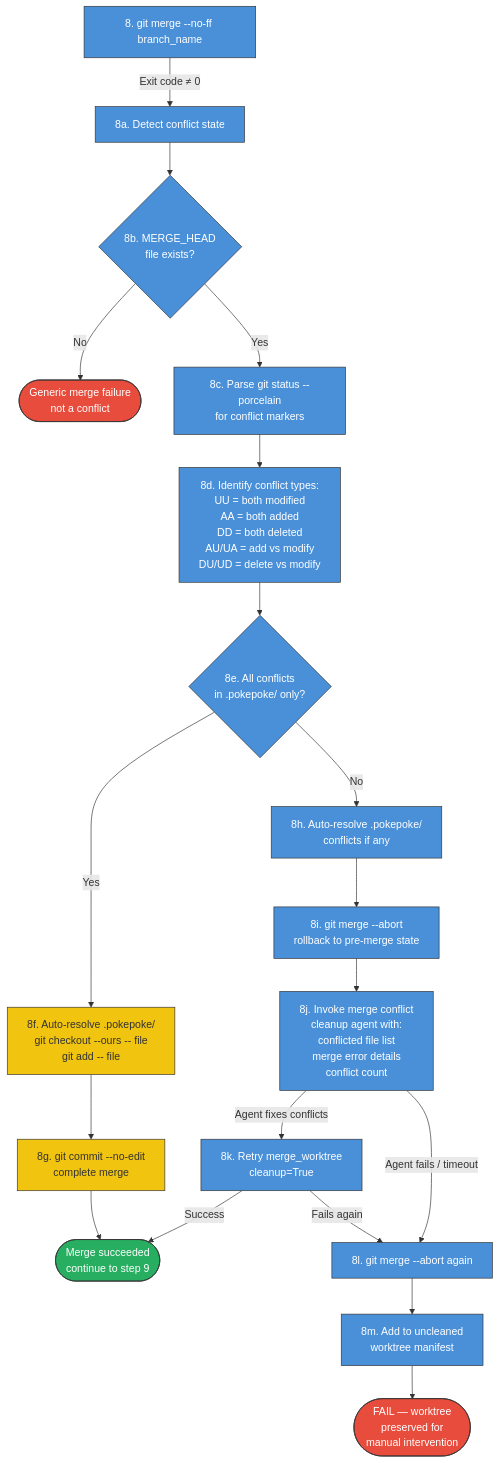
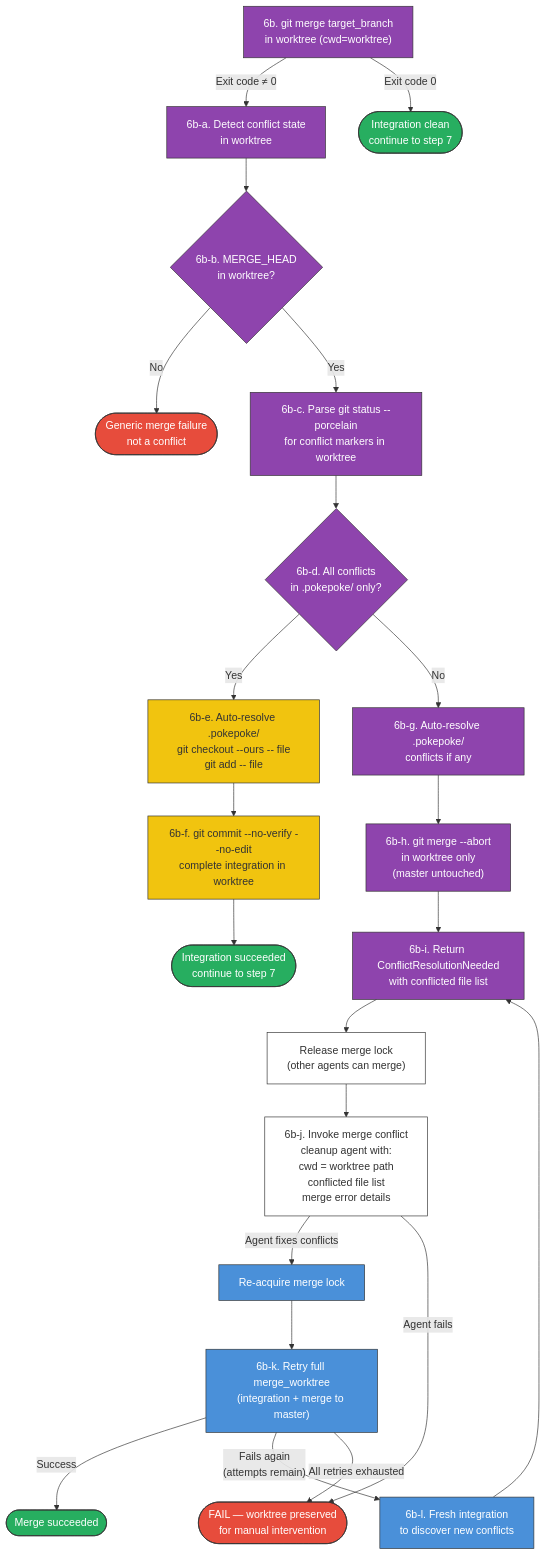
Before and after one commit to AmeliaRose802/PokePoke: the fourth of 5 diagrams in docs/merge-workflow.md, drawn with Mermaid. The commit also changed other lines of this file, not shown here.

Commit message:
docs: update merge-workflow diagrams for pre-merge integration step
Reflect the new integrate_target_into_worktree flow:
- General flow: add step 6b (purple) showing integration in worktree
  before the now-guaranteed-clean merge to master
- Conflict handling: rewrite to show conflicts detected/resolved in
  worktree (purple), cleanup agent outside lock (white), retry with
  re-acquired lock (blue). Up to 3 retries (was 1).
- Retry summary: update to show 3 integration conflict retries and
  add integration rollback (abort in worktree, master untouched)
- Key files: add merge_helpers.py and merge_conflict_retry.py

````diff
--- a/docs/merge-workflow.md
+++ b/docs/merge-workflow.md
@@ -151,53 +160,62 @@
 ```mermaid
 flowchart TD
-    MERGE["8. git merge --no-ff branch_name"] -- "Exit code ≠ 0" --> DETECT["8a. Detect conflict state"]
+    INTEGRATE["6b. git merge target_branch<br/>in worktree (cwd=worktree)"] -- "Exit code ≠ 0" --> DETECT["6b-a. Detect conflict state<br/>in worktree"]
+    INTEGRATE -- "Exit code 0" --> SUCCESS_CLEAN(["Integration clean<br/>continue to step 7"])
 
-    DETECT --> CHECK_HEAD{"8b. MERGE_HEAD<br/>file exists?"}
+    DETECT --> CHECK_HEAD{"6b-b. MERGE_HEAD<br/>in worktree?"}
     CHECK_HEAD -- No --> GENERIC_FAIL(["Generic merge failure<br/>not a conflict"])
-    CHECK_HEAD -- Yes --> PARSE["8c. Parse git status --porcelain<br/>for conflict markers"]
+    CHECK_HEAD -- Yes --> PARSE["6b-c. Parse git status --porcelain<br/>for conflict markers in worktree"]
 
-    PARSE --> TYPES["8d. Identify conflict types:<br/>UU = both modified<br/>AA = both added<br/>DD = both deleted<br/>AU/UA = add vs modify<br/>DU/UD = delete vs modify"]
+    PARSE --> POKEPOKE_CHECK{"6b-d. All conflicts<br/>in .pokepoke/ only?"}
 
-    TYPES --> POKEPOKE_CHECK{"8e. All conflicts<br/>in .pokepoke/ only?"}
+    POKEPOKE_CHECK -- Yes --> AUTO_RESOLVE["6b-e. Auto-resolve .pokepoke/<br/>git checkout --ours -- file<br/>git add -- file"]
+    AUTO_RESOLVE --> COMMIT_MERGE["6b-f. git commit --no-verify --no-edit<br/>complete integration in worktree"]
+    COMMIT_MERGE --> SUCCESS_AUTO(["Integration succeeded<br/>continue to step 7"])
 
-    POKEPOKE_CHECK -- Yes --> AUTO_RESOLVE["8f. Auto-resolve .pokepoke/<br/>git checkout --ours -- file<br/>git add -- file"]
-    AUTO_RESOLVE --> COMMIT_MERGE["8g. git commit --no-edit<br/>complete merge"]
-    COMMIT_MERGE --> SUCCESS(["Merge succeeded<br/>continue to step 9"])
+    POKEPOKE_CHECK -- No --> PARTIAL_AUTO["6b-g. Auto-resolve .pokepoke/<br/>conflicts if any"]
+    PARTIAL_AUTO --> ABORT_WT["6b-h. git merge --abort<br/>in worktree only<br/>(master untouched)"]
 
-    POKEPOKE_CHECK -- No --> PARTIAL_AUTO["8h. Auto-resolve .pokepoke/<br/>conflicts if any"]
-    PARTIAL_AUTO --> ABORT_MERGE["8i. git merge --abort<br/>rollback to pre-merge state"]
+    ABORT_WT --> SIGNAL["6b-i. Return ConflictResolutionNeeded<br/>with conflicted file list"]
+    SIGNAL --> RELEASE_LOCK["Release merge lock<br/>(other agents can merge)"]
 
-    ABORT_MERGE --> INVOKE_AGENT["8j. Invoke merge conflict<br/>cleanup agent with:<br/>conflicted file list<br/>merge error details<br/>conflict count"]
+    RELEASE_LOCK --> INVOKE_AGENT["6b-j. Invoke merge conflict<br/>cleanup agent with:<br/>cwd = worktree path<br/>conflicted file list<br/>merge error details"]
 
-    INVOKE_AGENT -- "Agent fixes conflicts" --> RETRY["8k. Retry merge_worktree<br/>cleanup=True"]
-    RETRY -- Success --> SUCCESS
-    RETRY -- Fails again --> FINAL_ABORT["8l. git merge --abort again"]
+    INVOKE_AGENT -- "Agent fixes conflicts" --> RELOCK["Re-acquire merge lock"]
+    INVOKE_AGENT -- "Agent fails" --> FAIL(["FAIL — worktree preserved<br/>for manual intervention"])
 
-    INVOKE_AGENT -- "Agent fails / timeout" --> FINAL_ABORT
+    RELOCK --> RETRY["6b-k. Retry full merge_worktree<br/>(integration + merge to master)"]
+    RETRY -- Success --> SUCCESS_RETRY(["Merge succeeded"])
+    RETRY -- "Fails again<br/>(attempts remain)" --> FRESH["6b-l. Fresh integration<br/>to discover new conflicts"]
+    RETRY -- "All retries exhausted" --> FAIL
+    FRESH --> SIGNAL
 
-    FINAL_ABORT --> UNCLEANED["8m. Add to uncleaned<br/>worktree manifest"]
-    UNCLEANED --> FAIL(["FAIL — worktree<br/>preserved for<br/>manual intervention"])
+    %% Worktree integration (purple) — under lock
+    style INTEGRATE fill:#8e44ad,stroke:#333,color:#fff
+    style DETECT fill:#8e44ad,stroke:#333,color:#fff
+    style CHECK_HEAD fill:#8e44ad,stroke:#333,color:#fff
+    style PARSE fill:#8e44ad,stroke:#333,color:#fff
+    style POKEPOKE_CHECK fill:#8e44ad,stroke:#333,color:#fff
+    style PARTIAL_AUTO fill:#8e44ad,stroke:#333,color:#fff
+    style ABORT_WT fill:#8e44ad,stroke:#333,color:#fff
+    style SIGNAL fill:#8e44ad,stroke:#333,color:#fff
 
-    %% Lock held throughout (blue)
-    style MERGE fill:#4a90d9,stroke:#333,color:#fff
-    style DETECT fill:#4a90d9,stroke:#333,color:#fff
-    style CHECK_HEAD fill:#4a90d9,stroke:#333,color:#fff
-    style PARSE fill:#4a90d9,stroke:#333,color:#fff
-    style TYPES fill:#4a90d9,stroke:#333,color:#fff
-    style POKEPOKE_CHECK fill:#4a90d9,stroke:#333,color:#fff
-    style PARTIAL_AUTO fill:#4a90d9,stroke:#333,color:#fff
-    style ABORT_MERGE fill:#4a90d9,stroke:#333,color:#fff
-    style INVOKE_AGENT fill:#4a90d9,stroke:#333,color:#fff
+    %% Outside lock (default)
+    style RELEASE_LOCK fill:#fff,stroke:#333,color:#333
+    style INVOKE_AGENT fill:#fff,stroke:#333,color:#333
+
+    %% Re-locked (blue)
+    style RELOCK fill:#4a90d9,stroke:#333,color:#fff
     style RETRY fill:#4a90d9,stroke:#333,color:#fff
-    style FINAL_ABORT fill:#4a90d9,stroke:#333,color:#fff
-    style UNCLEANED fill:#4a90d9,stroke:#333,color:#fff
+    style FRESH fill:#4a90d9,stroke:#333,color:#fff
 
     %% Auto-resolve (yellow)
     style AUTO_RESOLVE fill:#f1c40f,stroke:#333,color:#333
     style COMMIT_MERGE fill:#f1c40f,stroke:#333,color:#333
 
     %% Terminals
-    style SUCCESS fill:#27ae60,stroke:#333,color:#fff
+    style SUCCESS_CLEAN fill:#27ae60,stroke:#333,color:#fff
+    style SUCCESS_AUTO fill:#27ae60,stroke:#333,color:#fff
+    style SUCCESS_RETRY fill:#27ae60,stroke:#333,color:#fff
     style FAIL fill:#e74c3c,stroke:#333,color:#fff
     style GENERIC_FAIL fill:#e74c3c,stroke:#333,color:#fff
 ```
````
